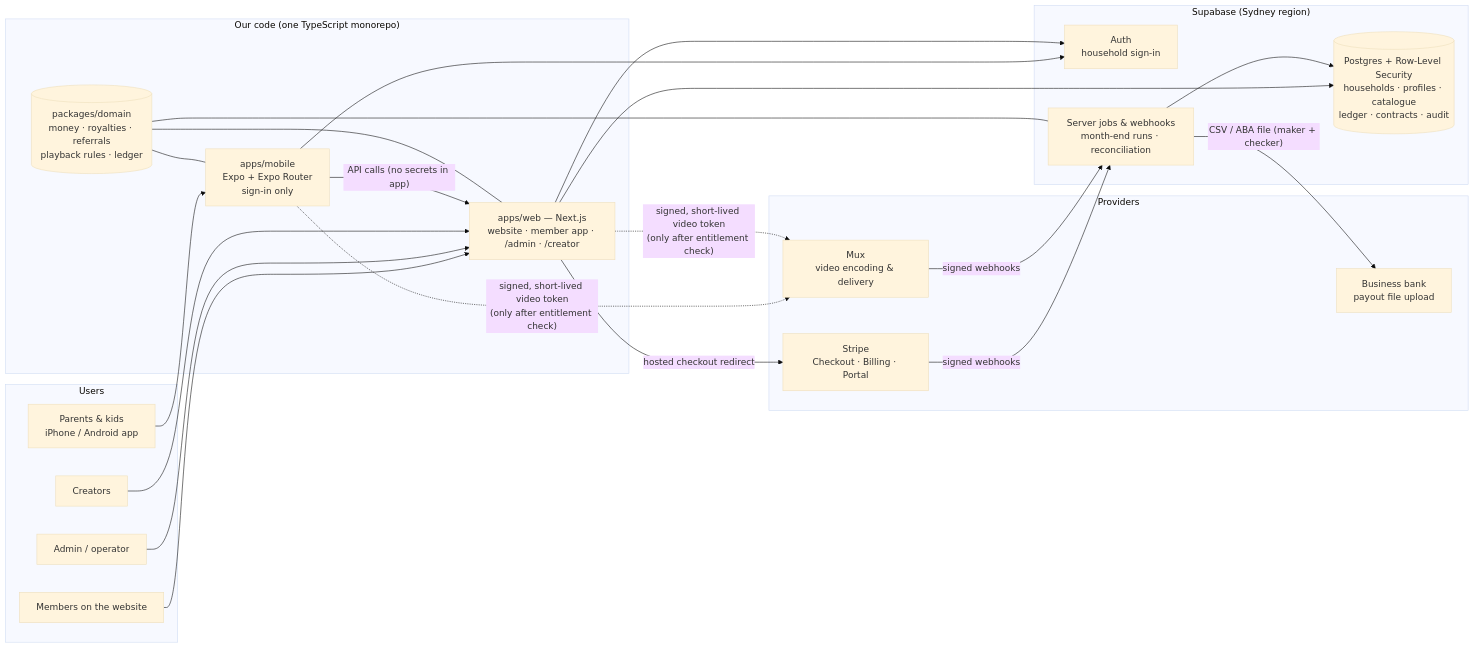
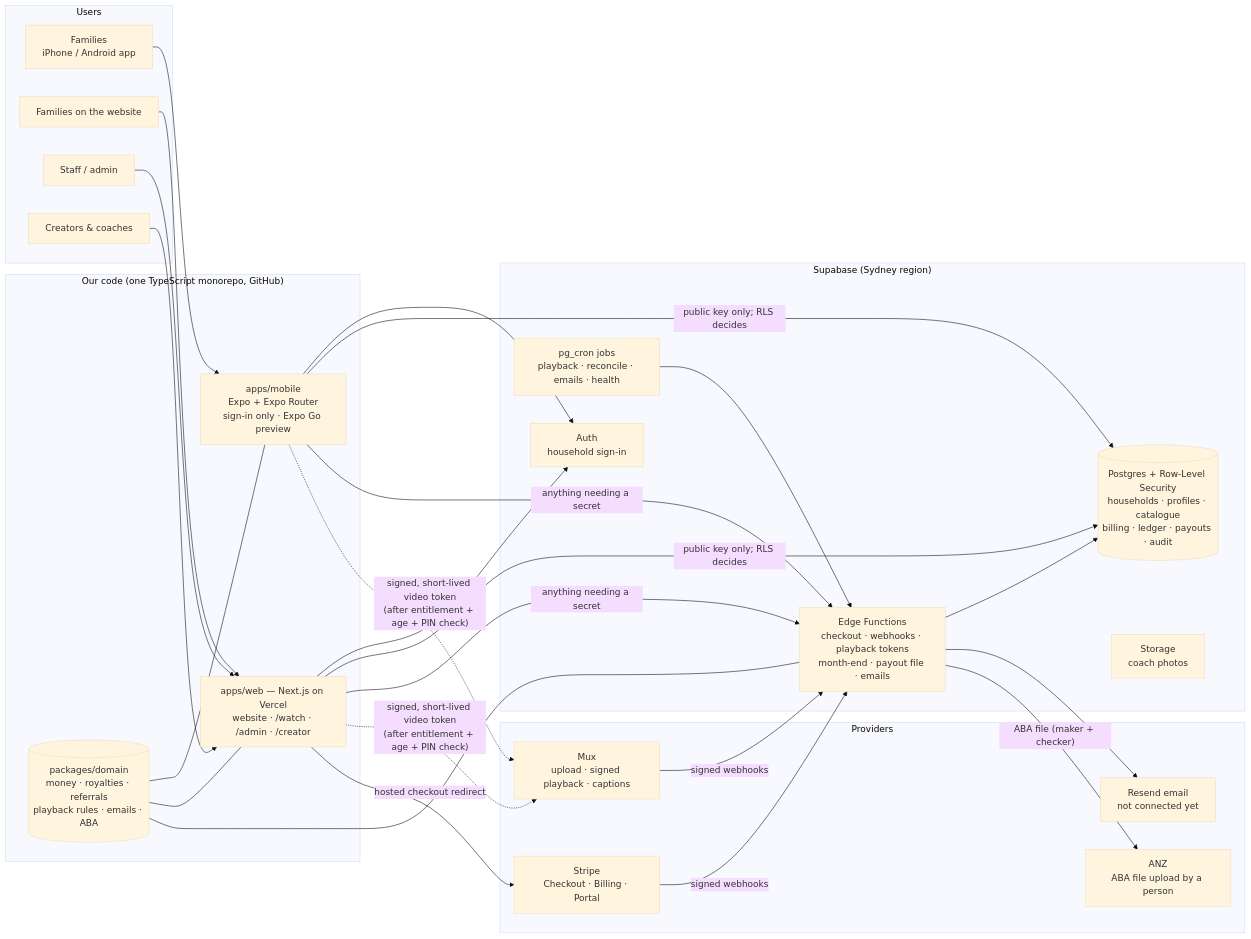
One commit to stephsvourenos/G.Fit changed the diagram in docs/ARCHITECTURE.md. Above: the diagram before and after it, drawn with Mermaid (base theme). The commit also changed other lines of this file and 7 other files, not shown here.

First line of the commit message:
Handover doc; refresh architecture, plan, decisions, status, readme, checklist, security review

````diff
--- a/docs/ARCHITECTURE.md
+++ b/docs/ARCHITECTURE.md
@@ -3,42 +3,47 @@
 ```mermaid
 flowchart LR
   subgraph Users
-    P[Parents & kids<br/>iPhone / Android app]
-    W[Members on the website]
-    A[Admin / operator]
-    C[Creators]
+    P[Families<br/>iPhone / Android app]
+    W[Families on the website]
+    A[Staff / admin]
+    C[Creators & coaches]
   end
 
-  subgraph Apps["Our code (one TypeScript monorepo)"]
-    M[apps/mobile<br/>Expo + Expo Router<br/>sign-in only]
-    N[apps/web — Next.js<br/>website · member app · /admin · /creator]
-    D[(packages/domain<br/>money · royalties · referrals<br/>playback rules · ledger)]
+  subgraph Apps["Our code (one TypeScript monorepo, GitHub)"]
+    M[apps/mobile<br/>Expo + Expo Router<br/>sign-in only · Expo Go preview]
+    N[apps/web — Next.js on Vercel<br/>website · /watch · /admin · /creator]
+    D[(packages/domain<br/>money · royalties · referrals<br/>playback rules · emails · ABA)]
   end
 
   subgraph Supabase["Supabase (Sydney region)"]
     AUTH[Auth<br/>household sign-in]
-    DB[(Postgres + Row-Level Security<br/>households · profiles · catalogue<br/>ledger · contracts · audit)]
-    FN[Server jobs & webhooks<br/>month-end runs · reconciliation]
+    DB[(Postgres + Row-Level Security<br/>households · profiles · catalogue<br/>billing · ledger · payouts · audit)]
+    FN[Edge Functions<br/>checkout · webhooks · playback tokens<br/>month-end · payout file · emails]
+    CRON[pg_cron jobs<br/>playback · reconcile · emails · health]
+    ST[Storage<br/>coach photos]
   end
 
   subgraph Providers
-    MUX[Mux<br/>video encoding & delivery]
+    MUX[Mux<br/>upload · signed playback · captions]
     STRIPE[Stripe<br/>Checkout · Billing · Portal]
-    BANK[Business bank<br/>payout file upload]
+    MAIL[Resend email<br/>not connected yet]
+    BANK[ANZ<br/>ABA file upload by a person]
   end
 
   P --> M
   W --> N
   A --> N
   C --> N
-  M -- "API calls (no secrets in app)" --> N
   M & N --> AUTH
-  N --> DB
+  M & N -- "public key only; RLS decides" --> DB
+  M & N -- "anything needing a secret" --> FN
+  CRON --> FN
   FN --> DB
-  M & N -. "signed, short-lived video token<br/>(only after entitlement check)" .-> MUX
+  M & N -. "signed, short-lived video token<br/>(after entitlement + age + PIN check)" .-> MUX
   N -- "hosted checkout redirect" --> STRIPE
   STRIPE -- "signed webhooks" --> FN
   MUX -- "signed webhooks" --> FN
-  FN -- "CSV / ABA file (maker + checker)" --> BANK
+  FN --> MAIL
+  FN -- "ABA file (maker + checker)" --> BANK
   D --- M & N & FN
 ```
````
